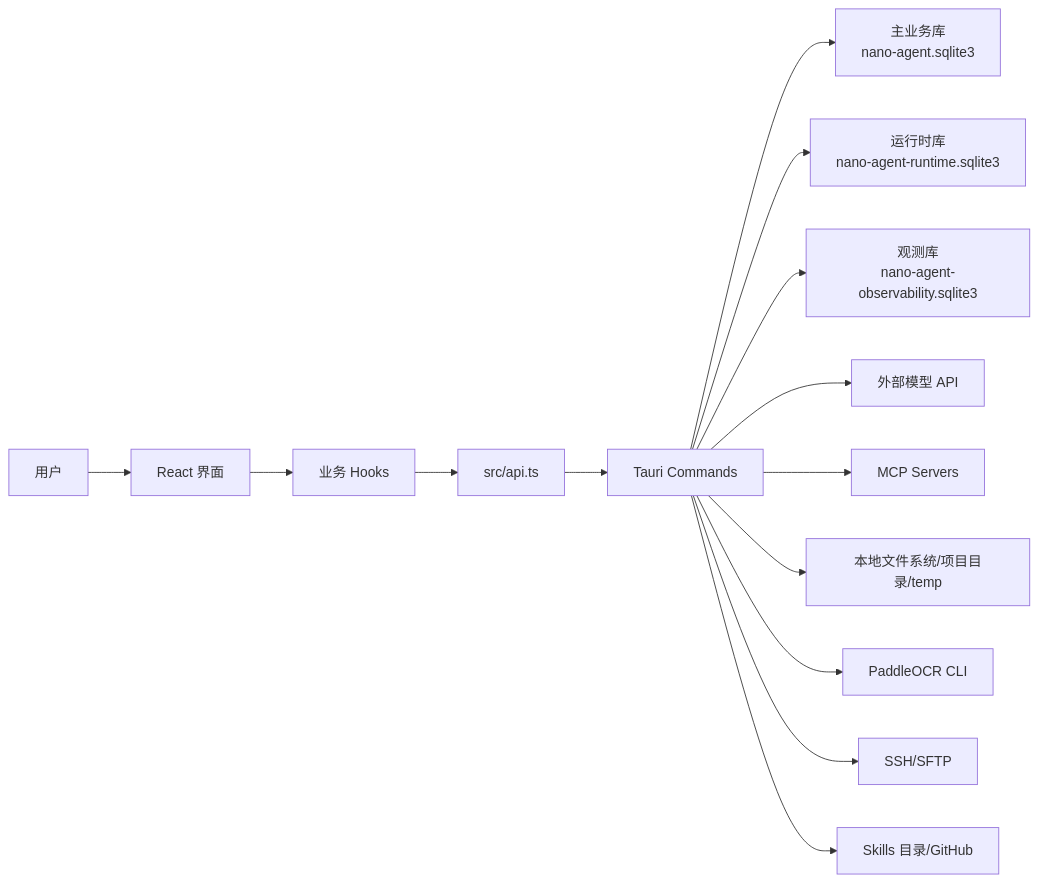
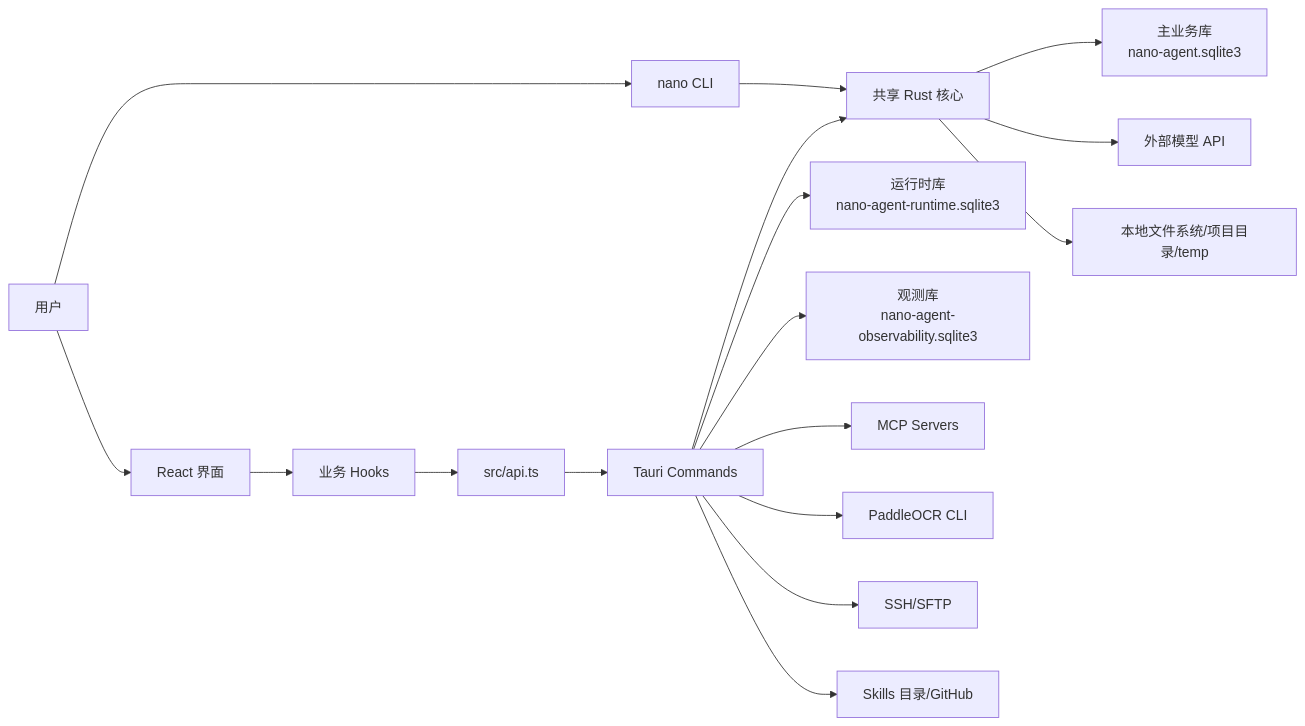
Before and after one commit to NanoAgentCode/NanoAgent: the diagram in docs/系统设计文档.md, drawn with Mermaid. The commit also changed other lines of this file and 6 other files, not shown here.

````diff
--- a/docs/系统设计文档.md
+++ b/docs/系统设计文档.md
@@ -33,16 +34,19 @@
 ```mermaid
 flowchart LR
   User["用户"] --> UI["React 界面"]
+  User --> CLI["nano CLI"]
   UI --> Hooks["业务 Hooks"]
   Hooks --> API["src/api.ts"]
   API --> Commands["Tauri Commands"]
-  Commands --> DB["主业务库\nnano-agent.sqlite3"]
+  CLI --> Core["共享 Rust 核心"]
+  Commands --> Core
+  Core --> DB["主业务库\nnano-agent.sqlite3"]
+  Core --> LLM["外部模型 API"]
+  Core --> FS["本地文件系统/项目目录/temp"]
   Commands --> Runtime["运行时库\nnano-agent-runtime.sqlite3"]
   Commands --> Obs["观测库\nnano-agent-observability.sqlite3"]
-  Commands --> LLM["外部模型 API"]
   Commands --> MCP["MCP Servers"]
-  Commands --> FS["本地文件系统/项目目录/temp"]
   Commands --> OCR["PaddleOCR CLI"]
   Commands --> Ops["SSH/SFTP"]
   Commands --> Skills["Skills 目录/GitHub"]
 ```
````
